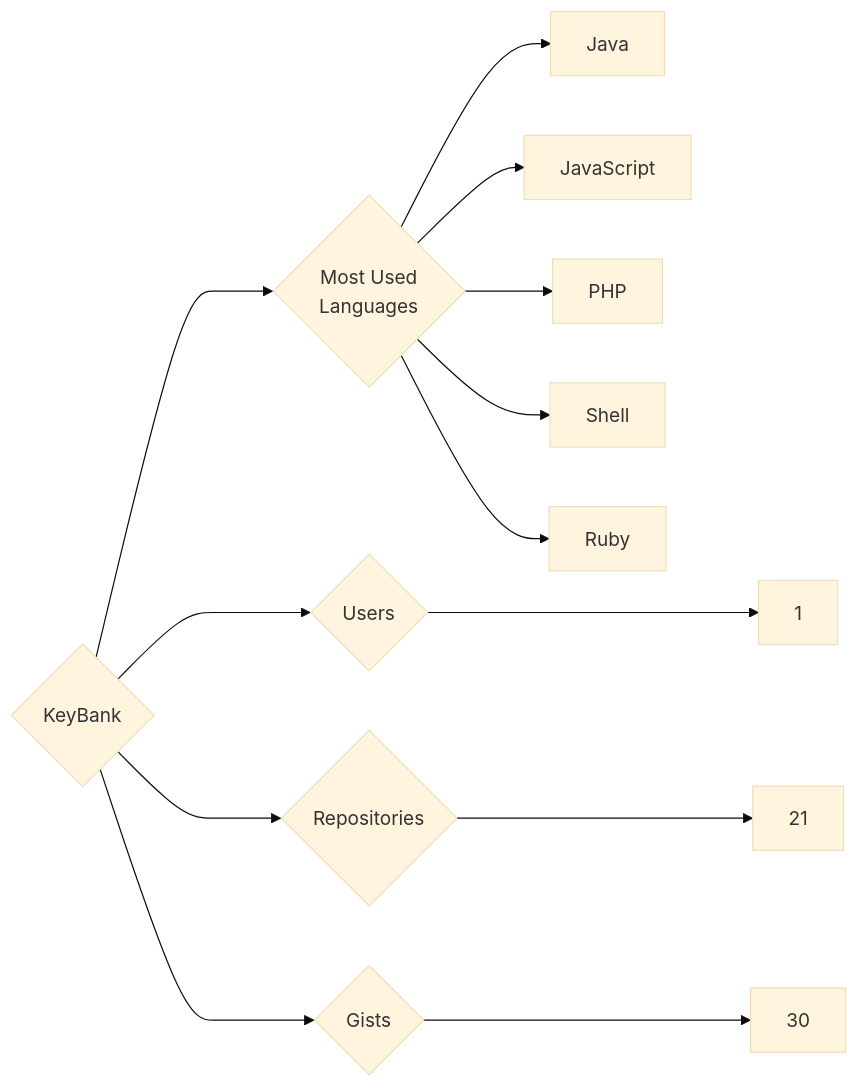
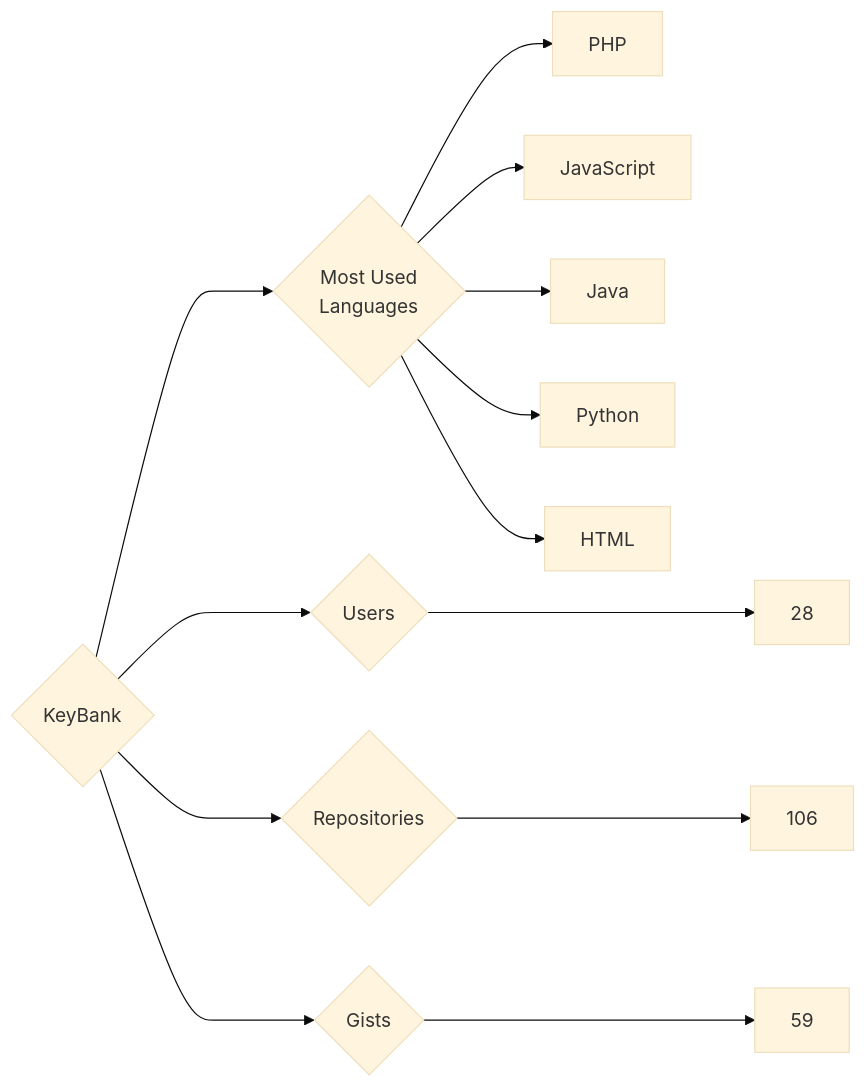
The diagram in targets/KeyBank/README.md (trickest/insiders), drawn with Mermaid (base theme) before and after one commit. The commit also changed 545 other files, not shown here.

````diff
--- a/targets/KeyBank/README.md
+++ b/targets/KeyBank/README.md
@@ -3,13 +3,13 @@
 ```mermaid
 graph LR
 COMPANY_NAME{KeyBank}
-COMPANY_NAME ---> U{Users} ---> UN[1]
-COMPANY_NAME ---> R{Repositories} ---> RN[21]
-COMPANY_NAME ---> G{Gists} ---> GN[30]
+COMPANY_NAME ---> U{Users} ---> UN[28]
+COMPANY_NAME ---> R{Repositories} ---> RN[106]
+COMPANY_NAME ---> G{Gists} ---> GN[59]
 COMPANY_NAME ---> ML{Most Used<br>Languages}
+ML --> PHP[PHP]
+ML --> JavaScript[JavaScript]
 ML --> Java[Java]
-ML --> JavaScript[JavaScript]
-ML --> PHP[PHP]
-ML --> Shell[Shell]
-ML --> Ruby[Ruby]
+ML --> Python[Python]
+ML --> HTML[HTML]
 ```
````
